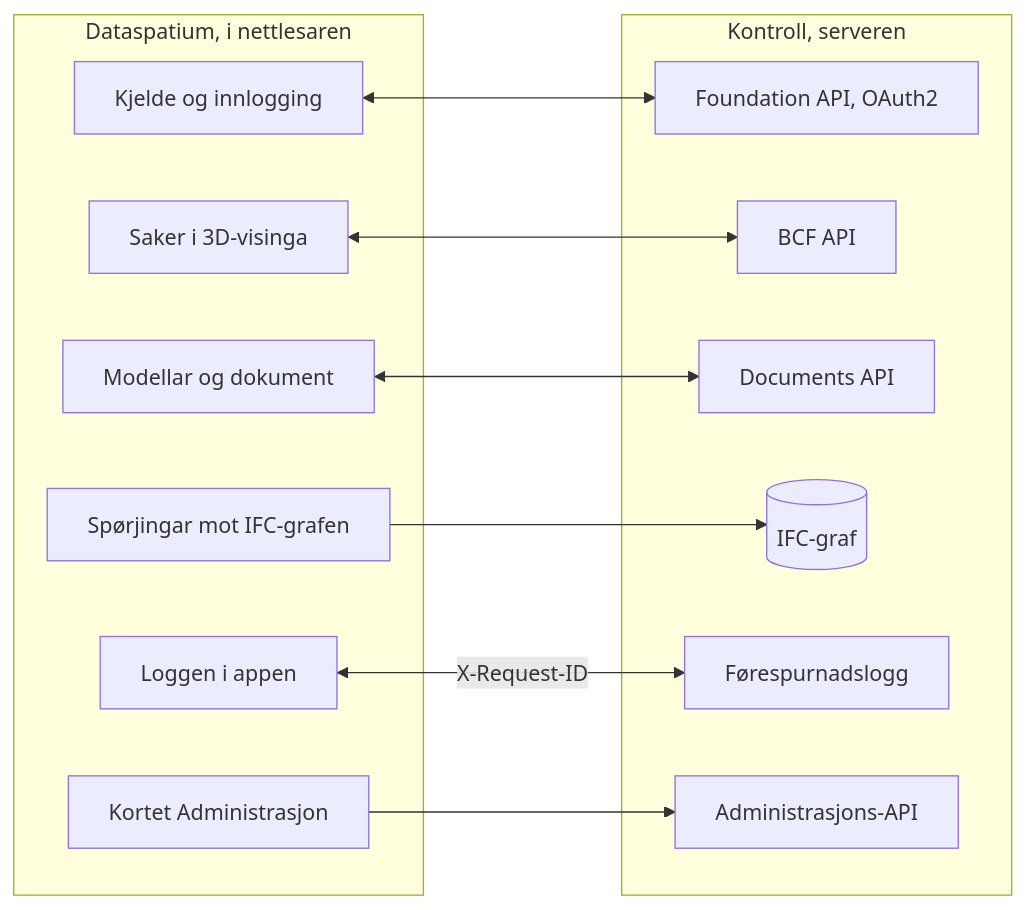
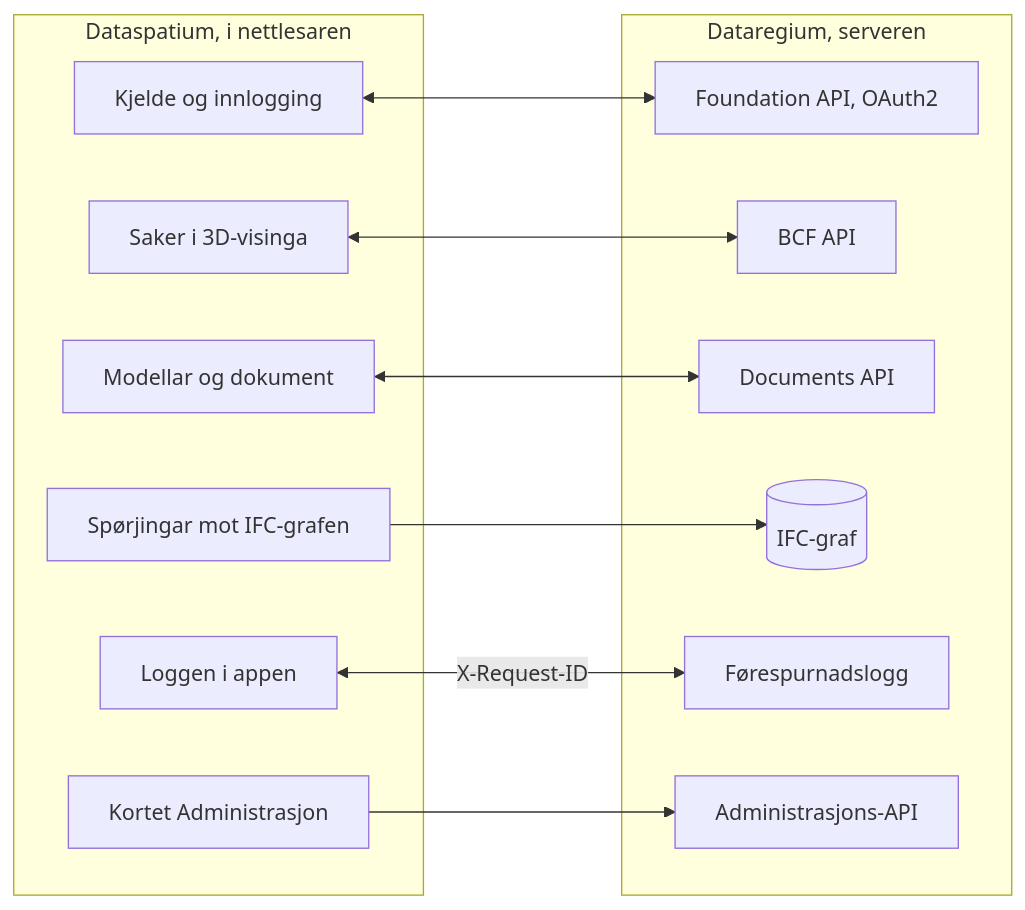
One commit to marwiss/Kontroll changed the diagram in docs/nn/README.md. Above: the diagram before and after it, drawn with Mermaid. The commit also changed other lines of this file and 116 other files, not shown here.

First line of the commit message:
Rename Kontroll to Dataregium

````diff
--- a/docs/nn/README.md
+++ b/docs/nn/README.md
@@ -209,25 +209,25 @@
 ```mermaid
 flowchart LR
     subgraph app ["Dataspatium, i nettlesaren"]
         source["Kjelde og innlogging"]
         issues["Saker i 3D-visinga"]
         files["Modellar og dokument"]
         queries["Spørjingar mot IFC-grafen"]
         log["Loggen i appen"]
         admin["Kortet Administrasjon"]
     end
-    subgraph server ["Kontroll, serveren"]
+    subgraph server ["Dataregium, serveren"]
         foundation["Foundation API, OAuth2"]
         bcf["BCF API"]
         documents["Documents API"]
         ifcgraph[("IFC-graf")]
         requests["Førespurnadslogg"]
         adminapi["Administrasjons-API"]
     end
     source <--> foundation
     issues <--> bcf
     files <--> documents
     queries --> ifcgraph
     log <-- "X-Request-ID" --> requests
     admin --> adminapi
 ```
````
